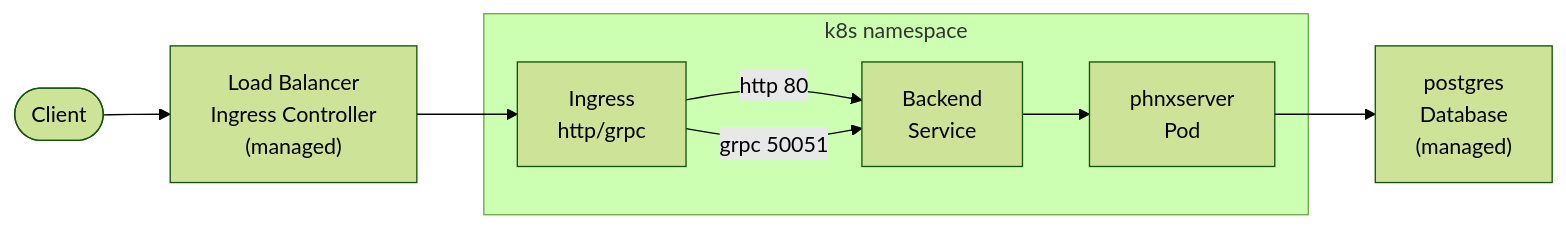
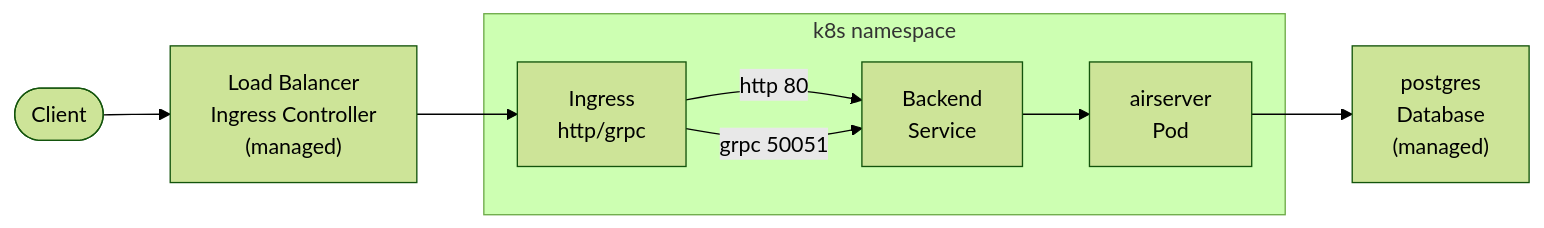
Before and after one commit to phnx-im/infra: the diagram in deployment/README.md, drawn with Mermaid (forest theme). The commit also changed 360 other files, not shown here.

````diff
--- a/deployment/README.md
+++ b/deployment/README.md
@@ -43,13 +43,13 @@
 ```mermaid
 graph LR
     client([Client]) --> load_balancer["Load Balancer<br>Ingress Controller<br>(managed)"]
     load_balancer --> ingress["Ingress<br>http/grpc"]
 
     subgraph k8s namespace
         ingress -->|http 80| backend["Backend<br>Service"]
         ingress -->|grpc 50051| backend
-        backend --> phnxserver["phnxserver<br>Pod"]
+        backend --> airserver["airserver<br>Pod"]
     end
 
-    phnxserver --> postgres["postgres<br>Database<br>(managed)"]
+    airserver --> postgres["postgres<br>Database<br>(managed)"]
 ```
````
